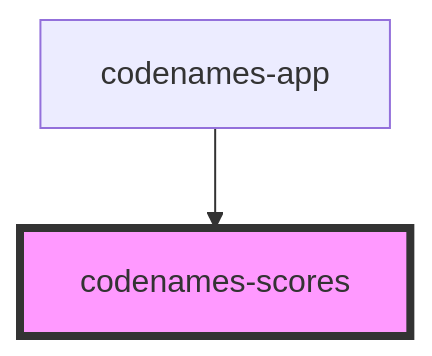
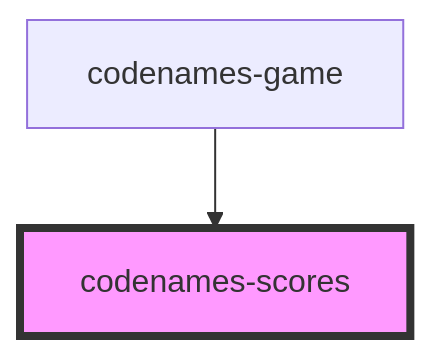
The diagram in packages/frontend/src/components/codenames-scores/readme.md (nelspd915/codenames), drawn with Mermaid before and after one commit. The commit also changed other lines of this file and 35 other files, not shown here.

````diff
--- a/packages/frontend/src/components/codenames-scores/readme.md
+++ b/packages/frontend/src/components/codenames-scores/readme.md
@@ -22,5 +22,5 @@
 ```mermaid
 graph TD;
-  codenames-app --> codenames-scores
+  codenames-game --> codenames-scores
   style codenames-scores fill:#f9f,stroke:#333,stroke-width:4px
 ```
````
